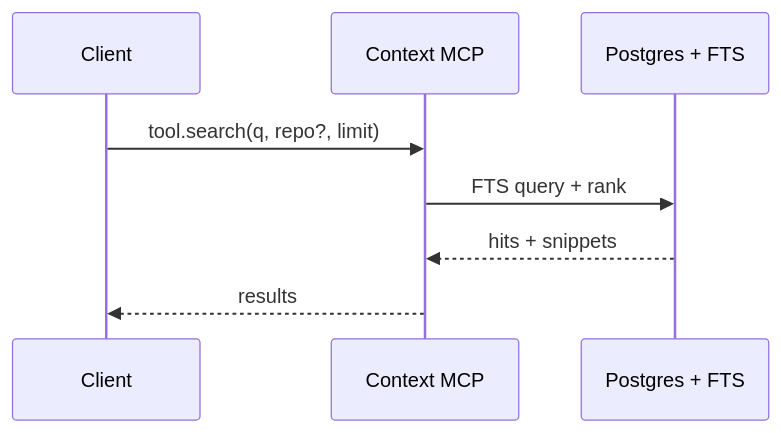
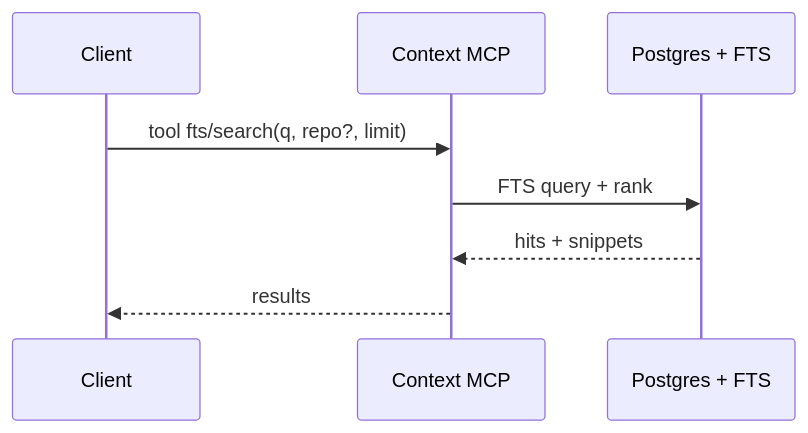
One commit to ashabbir/savant changed the second of 3 diagrams in README.md. Above: the diagram before and after it, drawn with Mermaid. The commit also changed other lines of this file and 17 other files, not shown here.

Commit message:
Context MCP restructure: add files.repo_name, multi-repo FTS, DB-backed memory bank, namespaced tools, Context FS repo indexer; remove deprecated aliases and legacy CLIs; update Makefile and docs

````diff
--- a/README.md
+++ b/README.md
@@ -159,10 +159,10 @@
 ```mermaid
 sequenceDiagram
   participant IDE as Client
   participant MCP as Context MCP
   participant DB as Postgres + FTS
-  IDE->>MCP: tool.search(q, repo?, limit)
+  IDE->>MCP: tool fts/search(q, repo?, limit)
   MCP->>DB: FTS query + rank
   DB-->>MCP: hits + snippets
   MCP-->>IDE: results
 ```
````
